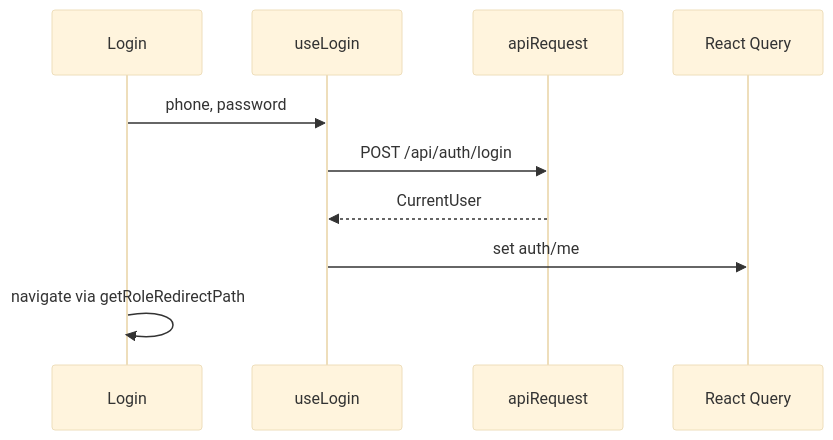
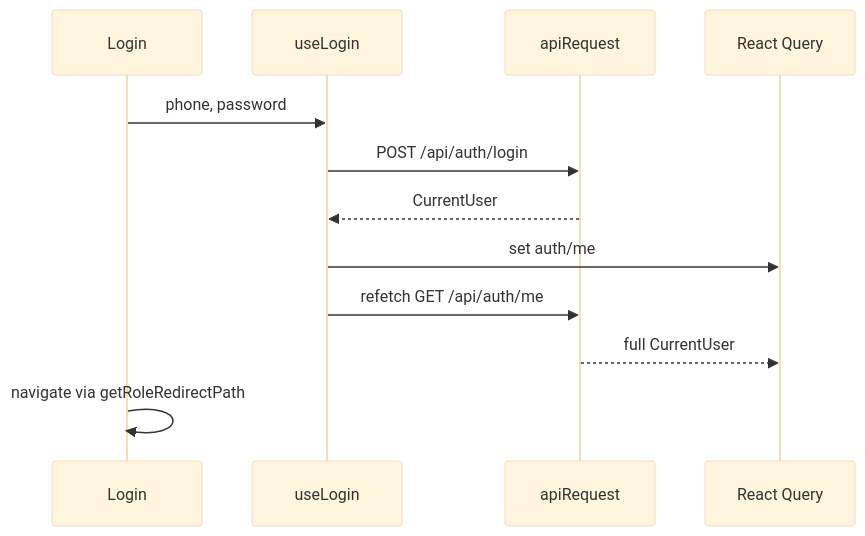
One commit to Qurbonsaid/murojaat24 changed the diagram in src/lib/api/README.md. Above: the diagram before and after it, drawn with Mermaid (base theme). The commit also changed other lines of this file and 70 other files, not shown here.

````diff
--- a/src/lib/api/README.md
+++ b/src/lib/api/README.md
@@ -30,13 +32,15 @@
 ```mermaid
 sequenceDiagram
   participant UI as Login
   participant Hook as useLogin
   participant API as apiRequest
   participant Cache as React Query
 
   UI->>Hook: phone, password
   Hook->>API: POST /api/auth/login
   API-->>Hook: CurrentUser
   Hook->>Cache: set auth/me
+  Hook->>API: refetch GET /api/auth/me
+  API-->>Cache: full CurrentUser
   UI->>UI: navigate via getRoleRedirectPath
 ```
````
